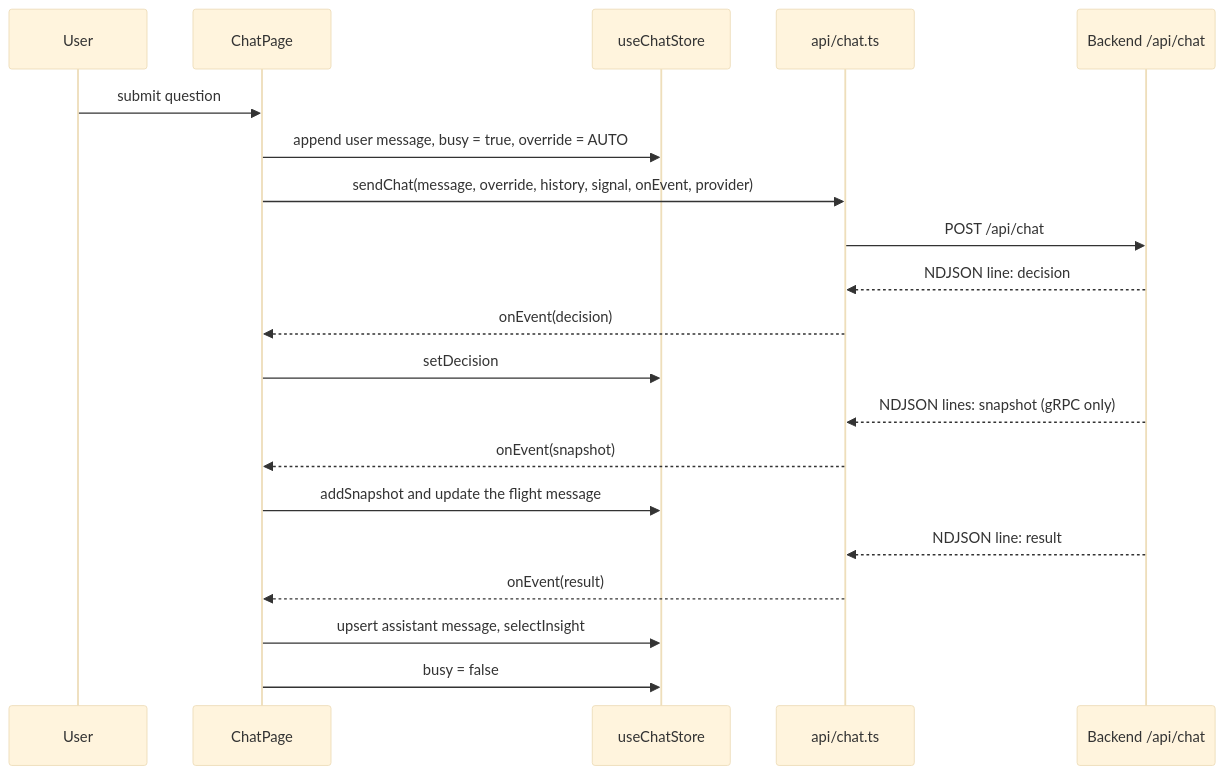
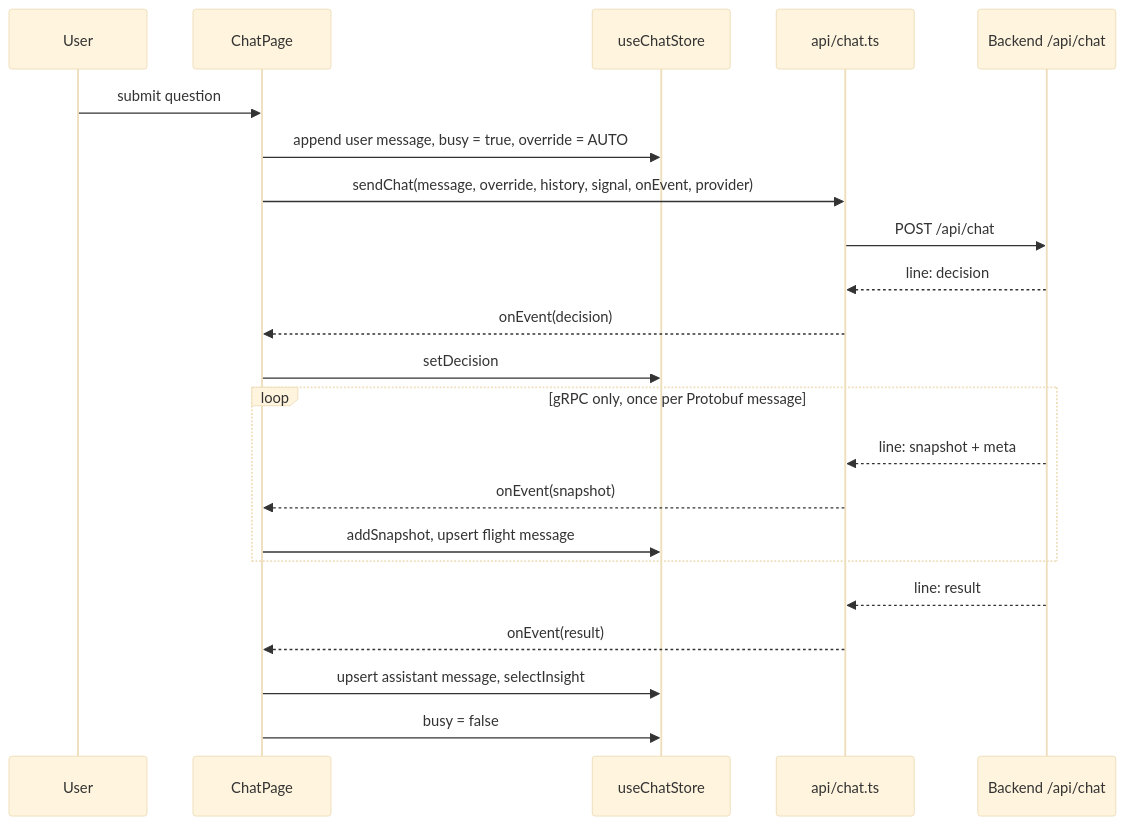
The fifth of 7 diagrams in docs/study-guide-frontend.md (spietrek-insight/rest-graphql-grpc-ai-routing), drawn with Mermaid (base theme) before and after one commit. The commit also changed other lines of this file and 2 other files, not shown here.

````diff
--- a/docs/study-guide-frontend.md
+++ b/docs/study-guide-frontend.md
@@ -127,22 +845,24 @@
 ```mermaid
 sequenceDiagram
     participant U as User
     participant P as ChatPage
     participant C as useChatStore
     participant A as api/chat.ts
     participant B as Backend /api/chat
     U->>P: submit question
     P->>C: append user message, busy = true, override = AUTO
     P->>A: sendChat(message, override, history, signal, onEvent, provider)
     A->>B: POST /api/chat
-    B-->>A: NDJSON line: decision
+    B-->>A: line: decision
     A-->>P: onEvent(decision)
     P->>C: setDecision
-    B-->>A: NDJSON lines: snapshot (gRPC only)
-    A-->>P: onEvent(snapshot)
-    P->>C: addSnapshot and update the flight message
-    B-->>A: NDJSON line: result
+    loop gRPC only, once per Protobuf message
+        B-->>A: line: snapshot + meta
+        A-->>P: onEvent(snapshot)
+        P->>C: addSnapshot, upsert flight message
+    end
+    B-->>A: line: result
     A-->>P: onEvent(result)
     P->>C: upsert assistant message, selectInsight
     P->>C: busy = false
 ```
````
